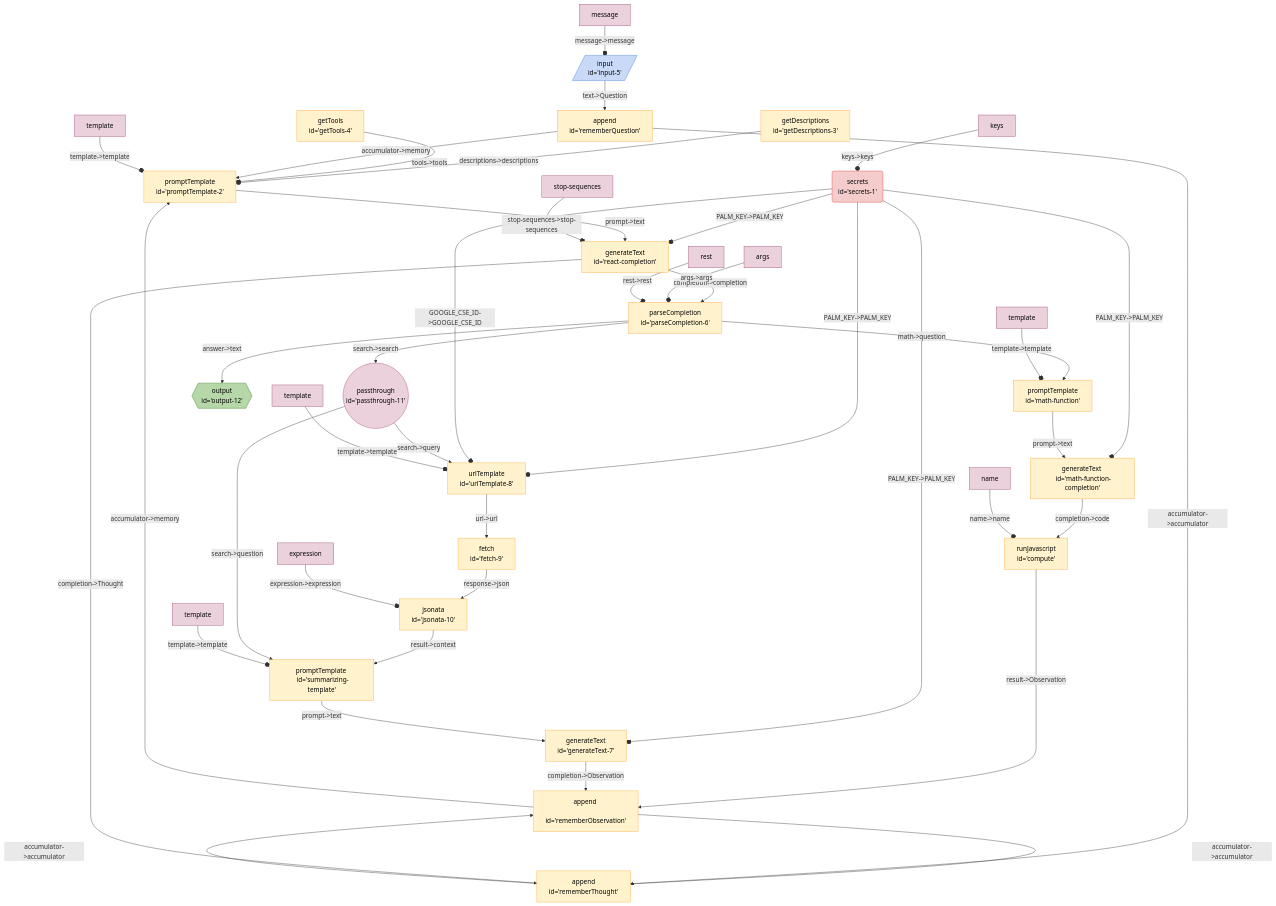
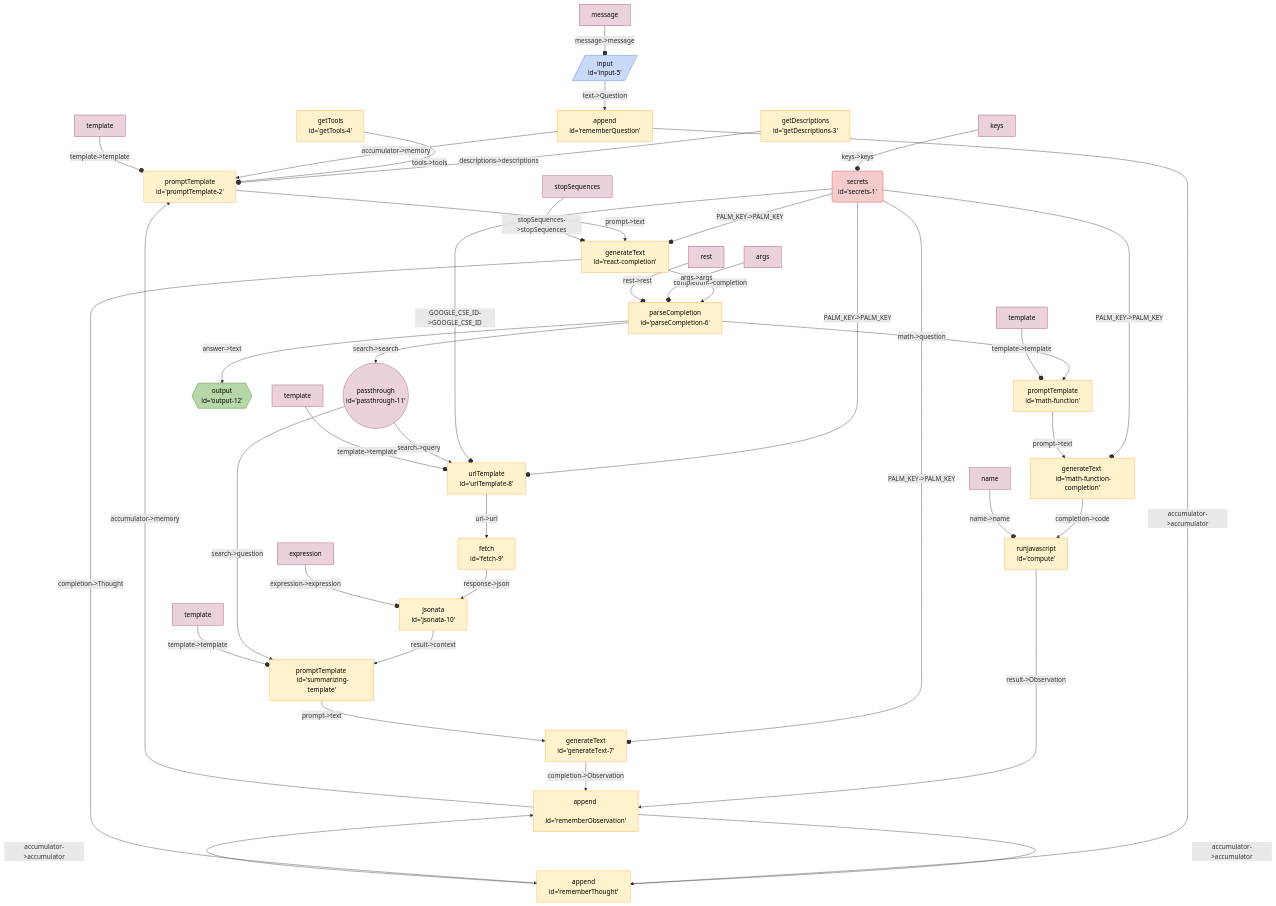
One commit to breadboard-ai/breadboard changed the diagram in seeds/graph-playground/docs/graphs/react.md. Above: the diagram before and after it, drawn with Mermaid. The commit also changed 7 other files, not shown here.

Commit message:
Fix react graphs after renaming wire names.

````diff
--- a/seeds/graph-playground/docs/graphs/react.md
+++ b/seeds/graph-playground/docs/graphs/react.md
@@ -5,52 +5,52 @@
   ```mermaid
   %%{init: 'themeVariables': { 'fontFamily': 'Fira Code, monospace' }}%%
 graph TD;
 getDescriptions3["getDescriptions <br> id='getDescriptions-3'"] -- "descriptions->descriptions" --o promptTemplate2["promptTemplate <br> id='promptTemplate-2'"]
 getTools4["getTools <br> id='getTools-4'"] -- "tools->tools" --o promptTemplate2["promptTemplate <br> id='promptTemplate-2'"]
 rememberObservation["append <br> id='rememberObservation'"] -- "accumulator->memory" --> promptTemplate2["promptTemplate <br> id='promptTemplate-2'"]
 rememberThought["append <br> id='rememberThought'"] -- "accumulator->accumulator" --> rememberObservation["append <br> id='rememberObservation'"]
 rememberObservation["append <br> id='rememberObservation'"] -- "accumulator->accumulator" --> rememberThought["append <br> id='rememberThought'"]
 rememberQuestion["append <br> id='rememberQuestion'"] -- "accumulator->accumulator" --> rememberThought["append <br> id='rememberThought'"]
 rememberQuestion["append <br> id='rememberQuestion'"] -- "accumulator->memory" --> promptTemplate2["promptTemplate <br> id='promptTemplate-2'"]
 input5[/"input <br> id='input-5'"/]:::input -- "text->Question" --> rememberQuestion["append <br> id='rememberQuestion'"]
 secrets1("secrets <br> id='secrets-1'"):::secrets -- "PALM_KEY->PALM_KEY" --o reactcompletion["generateText <br> id='react-completion'"]
 compute["runJavascript <br> id='compute'"] -- "result->Observation" --> rememberObservation["append <br> id='rememberObservation'"]
 mathfunctioncompletion["generateText <br> id='math-function-completion'"] -- "completion->code" --> compute["runJavascript <br> id='compute'"]
 secrets1("secrets <br> id='secrets-1'"):::secrets -- "PALM_KEY->PALM_KEY" --o mathfunctioncompletion["generateText <br> id='math-function-completion'"]
 mathfunction["promptTemplate <br> id='math-function'"] -- "prompt->text" --> mathfunctioncompletion["generateText <br> id='math-function-completion'"]
 generateText7["generateText <br> id='generateText-7'"] -- "completion->Observation" --> rememberObservation["append <br> id='rememberObservation'"]
 secrets1("secrets <br> id='secrets-1'"):::secrets -- "PALM_KEY->PALM_KEY" --o generateText7["generateText <br> id='generateText-7'"]
 summarizingtemplate["promptTemplate <br> id='summarizing-template'"] -- "prompt->text" --> generateText7["generateText <br> id='generateText-7'"]
 secrets1("secrets <br> id='secrets-1'"):::secrets -- "PALM_KEY->PALM_KEY" --o urlTemplate8["urlTemplate <br> id='urlTemplate-8'"]
 secrets1("secrets <br> id='secrets-1'"):::secrets -- "GOOGLE_CSE_ID->GOOGLE_CSE_ID" --o urlTemplate8["urlTemplate <br> id='urlTemplate-8'"]
 jsonata10["jsonata <br> id='jsonata-10'"] -- "result->context" --> summarizingtemplate["promptTemplate <br> id='summarizing-template'"]
 fetch9["fetch <br> id='fetch-9'"] -- "response->json" --> jsonata10["jsonata <br> id='jsonata-10'"]
 urlTemplate8["urlTemplate <br> id='urlTemplate-8'"] -- "url->url" --> fetch9["fetch <br> id='fetch-9'"]
 passthrough11(("passthrough <br> id='passthrough-11'")):::passthrough -- "search->question" --> summarizingtemplate["promptTemplate <br> id='summarizing-template'"]
 passthrough11(("passthrough <br> id='passthrough-11'")):::passthrough -- "search->query" --> urlTemplate8["urlTemplate <br> id='urlTemplate-8'"]
 parseCompletion6["parseCompletion <br> id='parseCompletion-6'"] -- "search->search" --> passthrough11(("passthrough <br> id='passthrough-11'")):::passthrough
 parseCompletion6["parseCompletion <br> id='parseCompletion-6'"] -- "math->question" --> mathfunction["promptTemplate <br> id='math-function'"]
 parseCompletion6["parseCompletion <br> id='parseCompletion-6'"] -- "answer->text" --> output12{{"output <br> id='output-12'"}}:::output
 reactcompletion["generateText <br> id='react-completion'"] -- "completion->completion" --> parseCompletion6["parseCompletion <br> id='parseCompletion-6'"]
 reactcompletion["generateText <br> id='react-completion'"] -- "completion->Thought" --> rememberThought["append <br> id='rememberThought'"]
 promptTemplate2["promptTemplate <br> id='promptTemplate-2'"] -- "prompt->text" --> reactcompletion["generateText <br> id='react-completion'"]
 keyssecrets1[keys]:::config -- "keys->keys" --o secrets1
 templatepromptTemplate2[template]:::config -- "template->template" --o promptTemplate2
 messageinput5[message]:::config -- "message->message" --o input5
-stopsequencesreactcompletion[stop-sequences]:::config -- "stop-sequences->stop-sequences" --o reactcompletion
+stopSequencesreactcompletion[stopSequences]:::config -- "stopSequences->stopSequences" --o reactcompletion
 templatemathfunction[template]:::config -- "template->template" --o mathfunction
 namecompute[name]:::config -- "name->name" --o compute
 argsparseCompletion6[args]:::config -- "args->args" --o parseCompletion6
 restparseCompletion6[rest]:::config -- "rest->rest" --o parseCompletion6
 templatesummarizingtemplate[template]:::config -- "template->template" --o summarizingtemplate
 templateurlTemplate8[template]:::config -- "template->template" --o urlTemplate8
 expressionjsonata10[expression]:::config -- "expression->expression" --o jsonata10
 classDef default stroke:#ffab40,fill:#fff2ccff,color:#000
 classDef input stroke:#3c78d8,fill:#c9daf8ff,color:#000
 classDef output stroke:#38761d,fill:#b6d7a8ff,color:#000
 classDef passthrough stroke:#a64d79,fill:#ead1dcff,color:#000
 classDef slot stroke:#a64d79,fill:#ead1dcff,color:#000
 classDef config stroke:#a64d79,fill:#ead1dcff,color:#000
 classDef secrets stroke:#db4437,fill:#f4cccc,color:#000
 classDef slotted stroke:#a64d79
   ```
````
